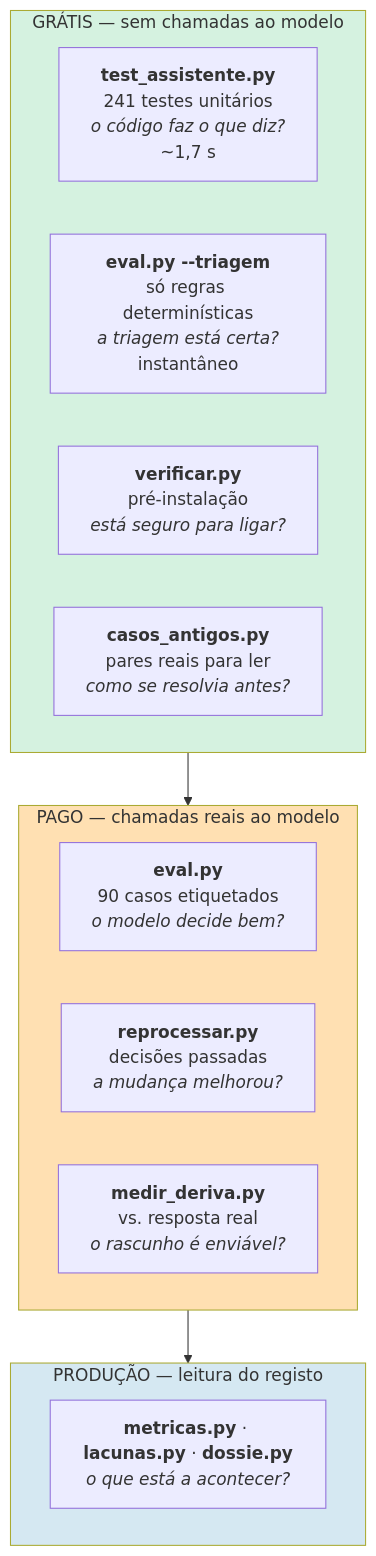
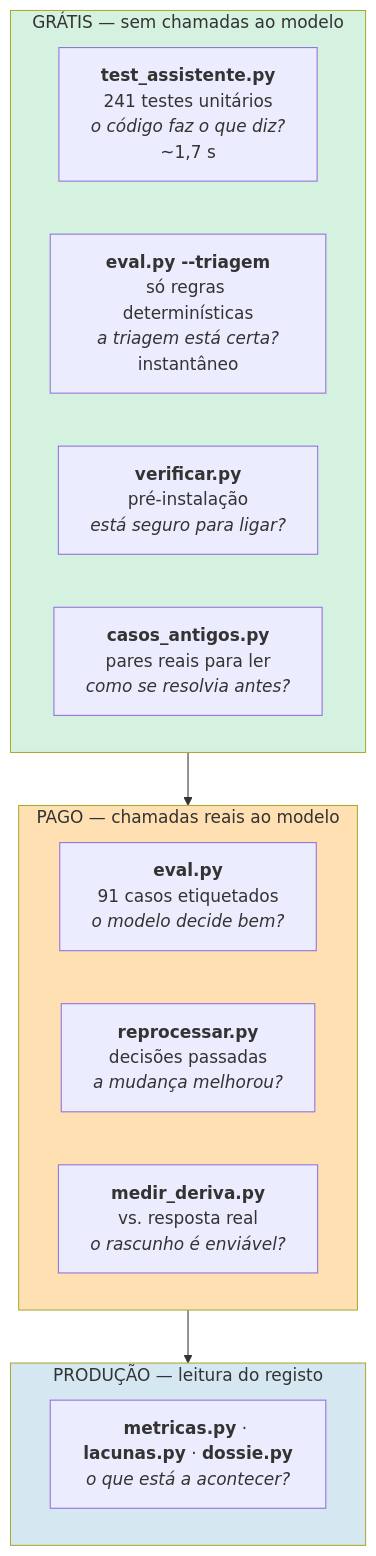
Before and after one commit to joaocarvalhini/Outlook-Reply-Assistant: the first of 3 diagrams in docs/05-reliability/qa.md, drawn with Mermaid. The commit also changed other lines of this file and 8 other files, not shown here.

````diff
--- a/docs/05-reliability/qa.md
+++ b/docs/05-reliability/qa.md
@@ -19,22 +19,22 @@
 ```mermaid
 flowchart TB
     subgraph G["GRÁTIS — sem chamadas ao modelo"]
         T1["<b>test_assistente.py</b><br/>241 testes unitários<br/><i>o código faz o que diz?</i><br/>~1,7 s"]
         T2["<b>eval.py --triagem</b><br/>só regras determinísticas<br/><i>a triagem está certa?</i><br/>instantâneo"]
         T3["<b>verificar.py</b><br/>pré-instalação<br/><i>está seguro para ligar?</i>"]
         T4["<b>casos_antigos.py</b><br/>pares reais para ler<br/><i>como se resolvia antes?</i>"]
     end
     subgraph P["PAGO — chamadas reais ao modelo"]
-        T5["<b>eval.py</b><br/>90 casos etiquetados<br/><i>o modelo decide bem?</i>"]
+        T5["<b>eval.py</b><br/>91 casos etiquetados<br/><i>o modelo decide bem?</i>"]
         T6["<b>reprocessar.py</b><br/>decisões passadas<br/><i>a mudança melhorou?</i>"]
         T7["<b>medir_deriva.py</b><br/>vs. resposta real<br/><i>o rascunho é enviável?</i>"]
     end
     subgraph PR["PRODUÇÃO — leitura do registo"]
         T8["<b>metricas.py</b> · <b>lacunas.py</b> · <b>dossie.py</b><br/><i>o que está a acontecer?</i>"]
     end
 
     G --> P --> PR
     style G fill:#d5f2e0
     style P fill:#ffe0b2
     style PR fill:#d5e8f2
 ```
````
